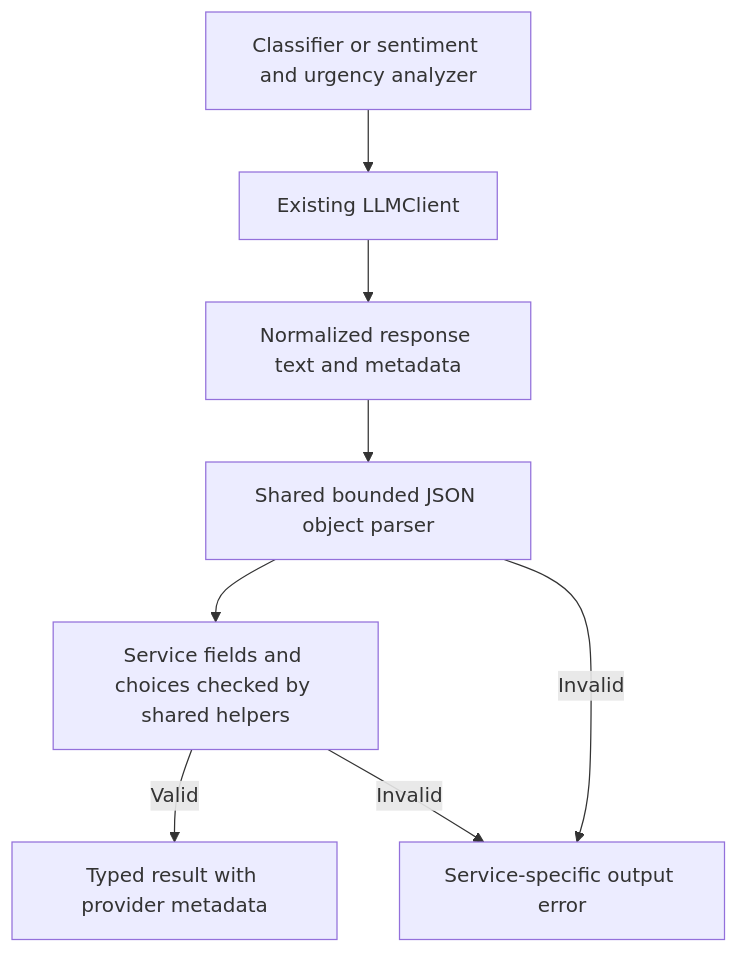
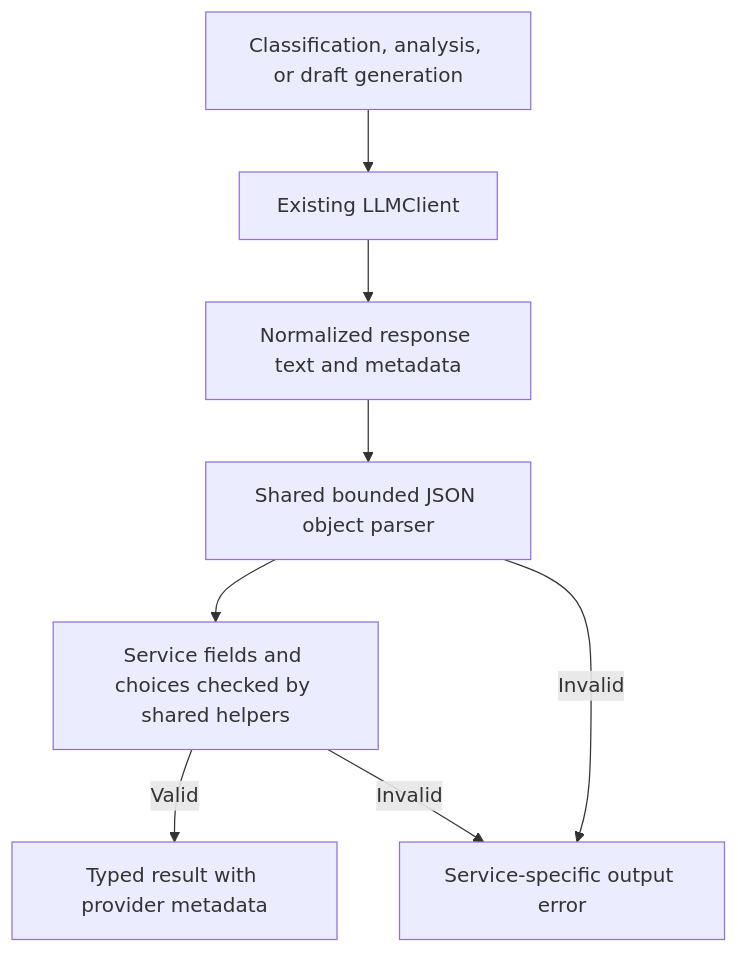
One commit to isazadesabuhi/ai-customer-support changed the diagram in docs/architecture/structured-output-validation.md. Above: the diagram before and after it, drawn with Mermaid. The commit also changed other lines of this file and 24 other files, not shown here.

Commit message:
feat(ai): implement grounded customer support draft generation

````diff
--- a/docs/architecture/structured-output-validation.md
+++ b/docs/architecture/structured-output-validation.md
@@ -5,10 +5,10 @@
 ```mermaid
 flowchart TD
-    Service["Classifier or sentiment and urgency analyzer"] --> Client["Existing LLMClient"]
+    Service["Classification, analysis, or draft generation"] --> Client["Existing LLMClient"]
     Client --> Text["Normalized response text and metadata"]
     Text --> Parser["Shared bounded JSON object parser"]
     Parser --> Schema["Service fields and choices checked by shared helpers"]
     Schema -->|Valid| Result["Typed result with provider metadata"]
     Parser -->|Invalid| Error["Service-specific output error"]
     Schema -->|Invalid| Error
 ```
````
